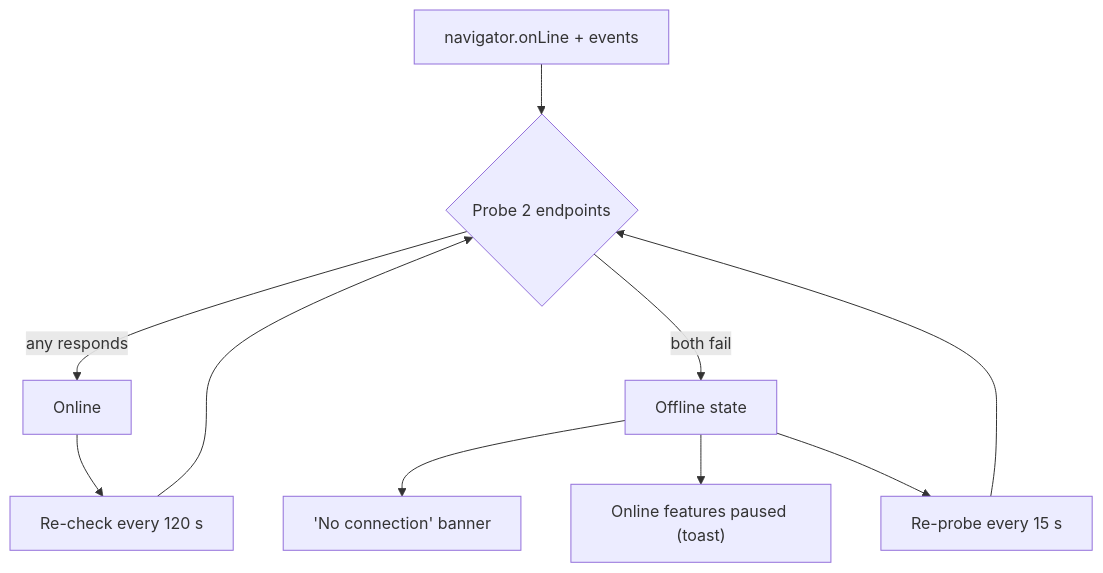
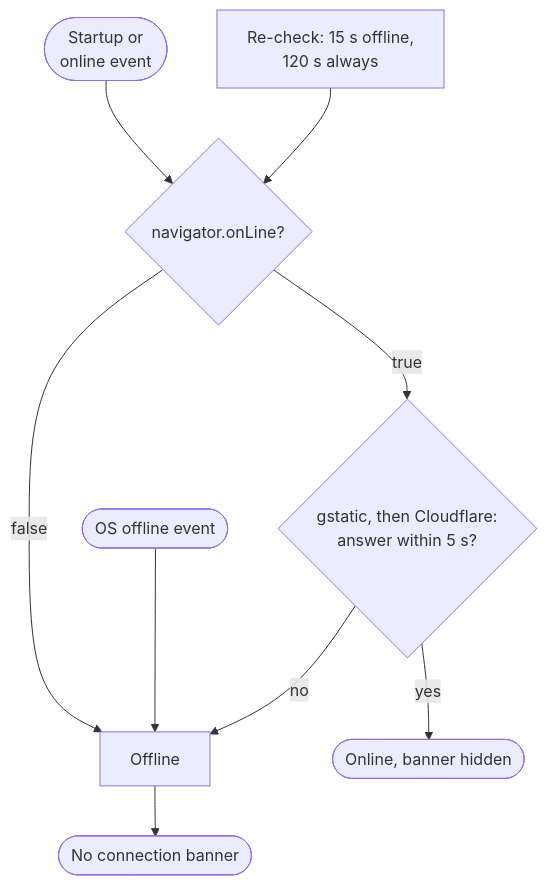
One commit to FreeProject089/BetterModsManager changed the third of 3 diagrams in frontend/assets/docs/en/features/privacy-telemetry.md. Above: the diagram before and after it, drawn with Mermaid. The commit also changed other lines of this file and 176 other files, not shown here.

````diff
--- a/frontend/assets/docs/en/features/privacy-telemetry.md
+++ b/frontend/assets/docs/en/features/privacy-telemetry.md
@@ -170,13 +173,11 @@
 ```mermaid
-graph TD
-    NAVIGATOR["navigator.onLine + events"] --> PROBE{Probe 2 endpoints}
-    PROBE -- "any responds" --> ONLINE[Online]
-    PROBE -- "both fail" --> OFFLINE[Offline state]
-
-    OFFLINE --> BANNER["'No connection' banner"]
-    OFFLINE --> GATES["Online features paused (toast)"]
-    OFFLINE --> FAST["Re-probe every 15 s"]
-    FAST --> PROBE
-    ONLINE --> SLOW["Re-check every 120 s"]
-    SLOW --> PROBE
+flowchart TD
+    START(["Startup or<br/>online event"]) --> NAV{"navigator.onLine?"}
+    TIMER["Re-check: 15 s offline,<br/>120 s always"] --> NAV
+    NAV -- "true" --> PROBE{"gstatic, then Cloudflare:<br/>answer within 5 s?"}
+    NAV -- "false" --> OFF["Offline"]
+    OSOFF(["OS offline event"]) --> OFF
+    PROBE -- "yes" --> ON(["Online, banner hidden"])
+    PROBE -- "no" --> OFF
+    OFF --> BANNER(["No connection banner"])
 ```
````
